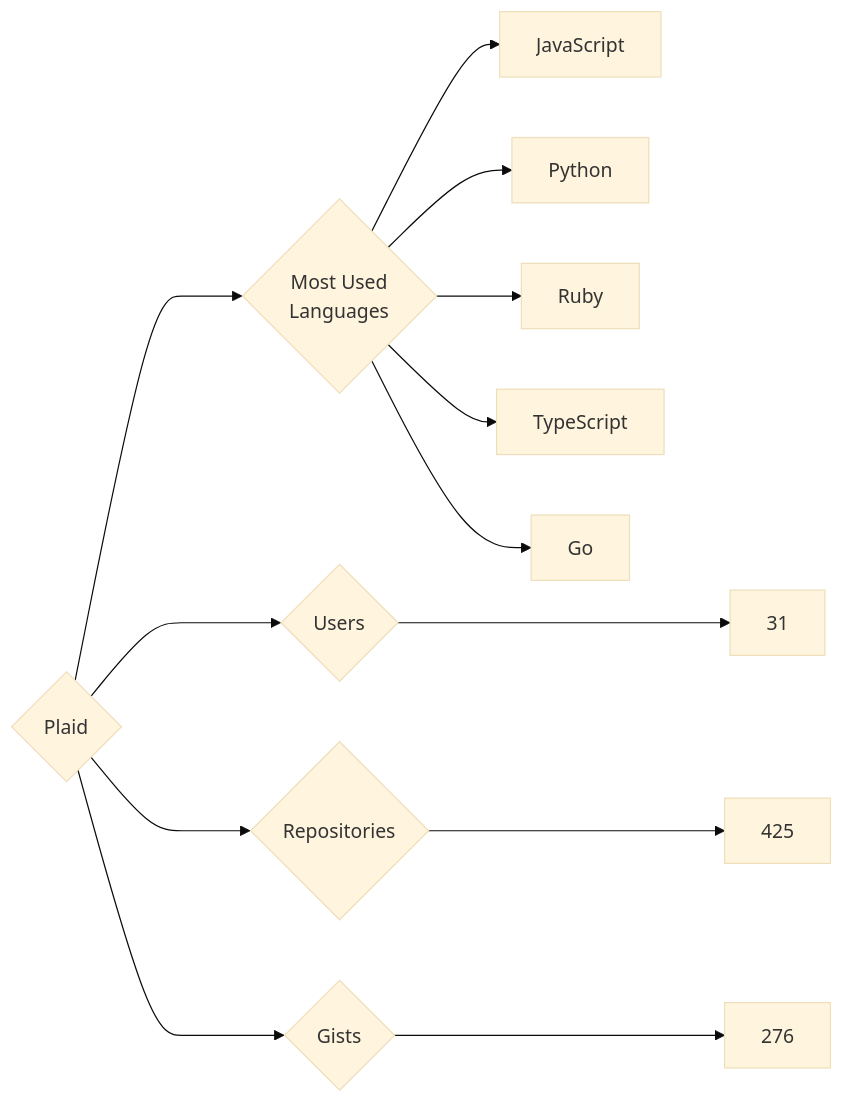
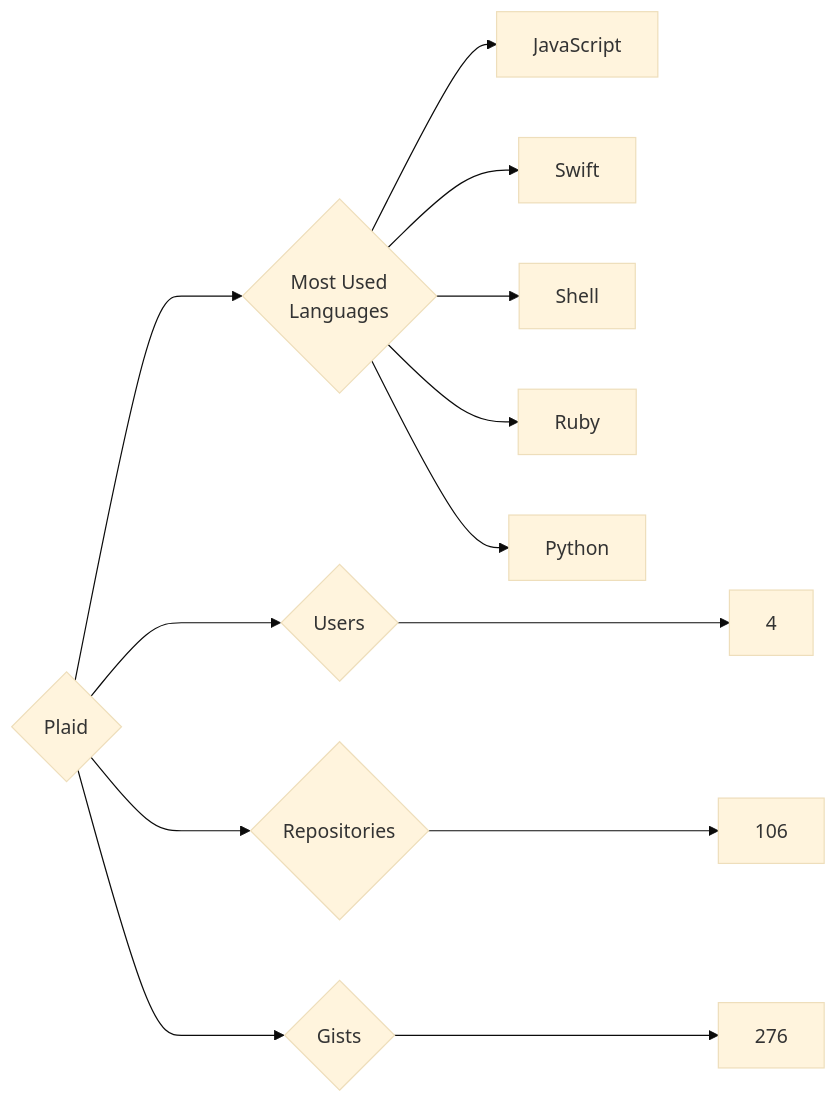
One commit to trickest/insiders changed the diagram in targets/Plaid/README.md. Above: the diagram before and after it, drawn with Mermaid (base theme). The commit also changed 770 other files, not shown here.

````diff
--- a/targets/Plaid/README.md
+++ b/targets/Plaid/README.md
@@ -3,13 +3,13 @@
 ```mermaid
 graph LR
 COMPANY_NAME{Plaid}
-COMPANY_NAME ---> U{Users} ---> UN[31]
-COMPANY_NAME ---> R{Repositories} ---> RN[425]
+COMPANY_NAME ---> U{Users} ---> UN[4]
+COMPANY_NAME ---> R{Repositories} ---> RN[106]
 COMPANY_NAME ---> G{Gists} ---> GN[276]
 COMPANY_NAME ---> ML{Most Used<br>Languages}
 ML --> JavaScript[JavaScript]
+ML --> Swift[Swift]
+ML --> Shell[Shell]
+ML --> Ruby[Ruby]
 ML --> Python[Python]
-ML --> Ruby[Ruby]
-ML --> TypeScript[TypeScript]
-ML --> Go[Go]
 ```
````
